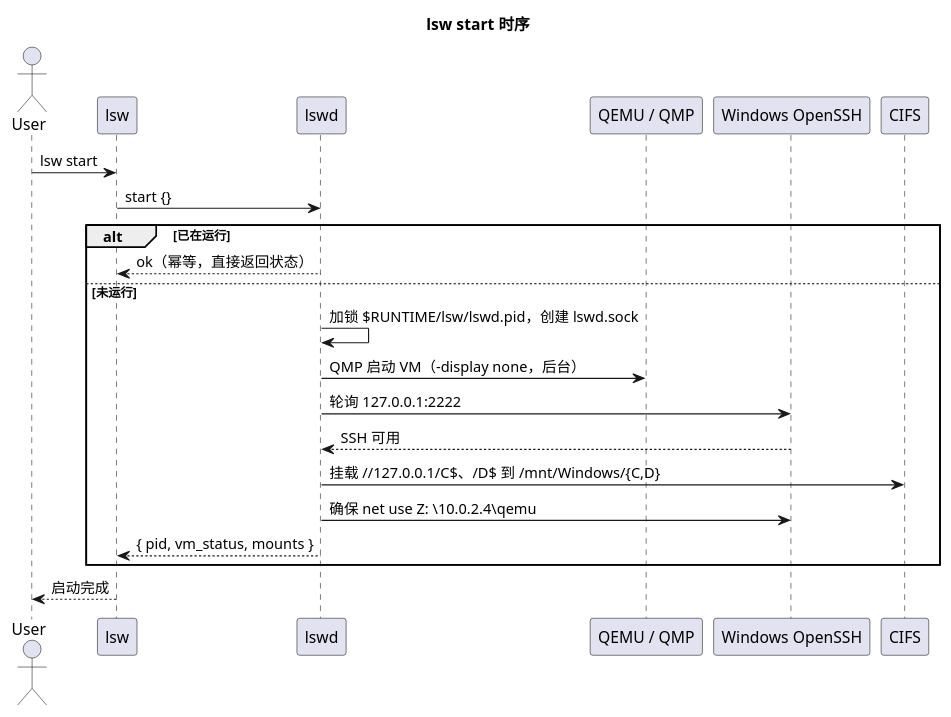
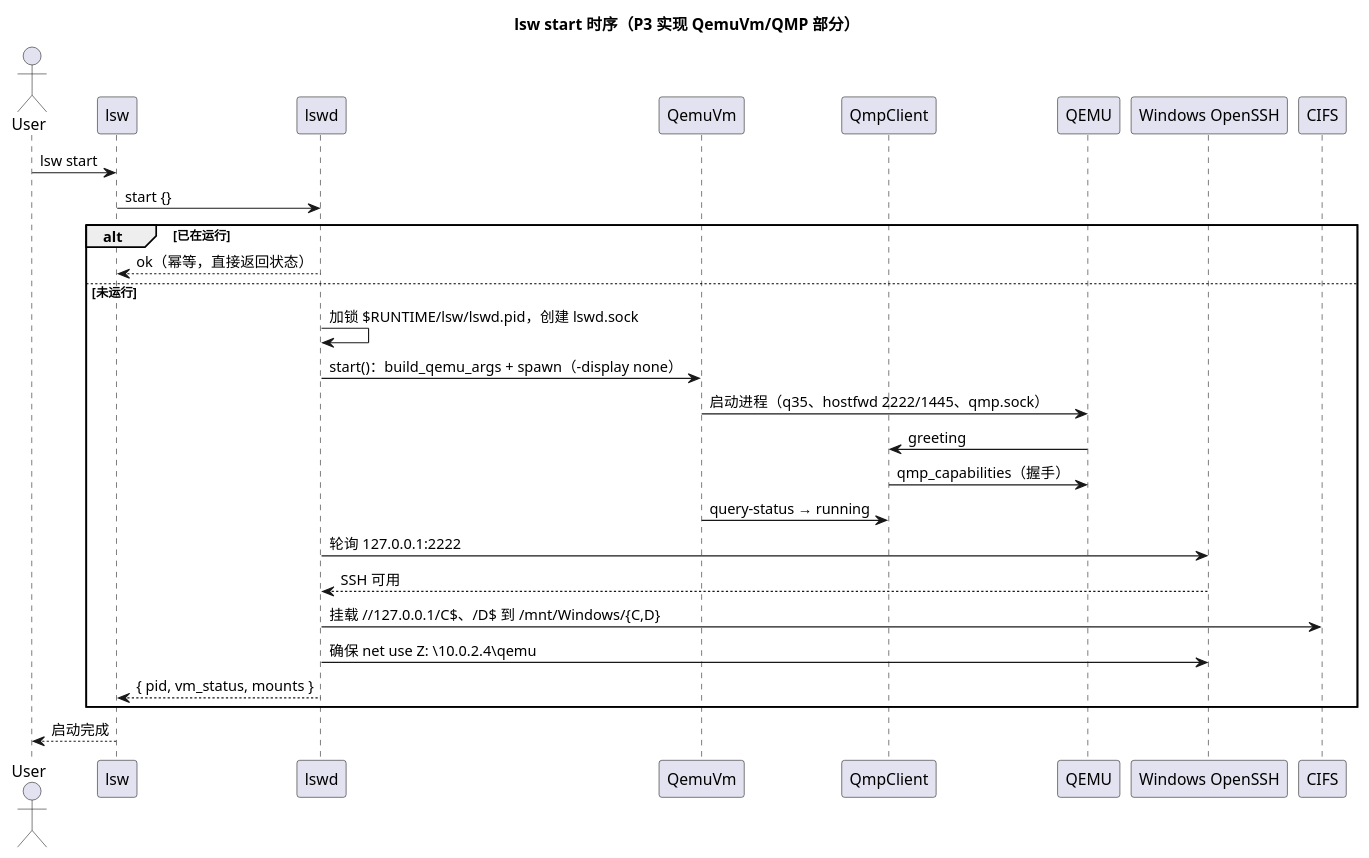
One commit to yunzheyue-star/lsw changed the diagram in docs/diagrams/sequence-start.puml. Above: the diagram before and after it, drawn with PlantUML. The commit also changed 21 other files, not shown here.

```diff
--- a/docs/diagrams/sequence-start.puml
+++ b/docs/diagrams/sequence-start.puml
@@ -1,24 +1,30 @@
 @startuml
-title lsw start 时序
+title lsw start 时序（P3 实现 QemuVm/QMP 部分）
 actor User
 participant "lsw" as CLI
 participant "lswd" as Daemon
-participant "QEMU / QMP" as QEMU
+participant "QemuVm" as VM
+participant "QmpClient" as QMP
+participant "QEMU" as QEMU
 participant "Windows OpenSSH" as WinSSH
 participant "CIFS" as CIFS
 
 User -> CLI : lsw start
 CLI -> Daemon : start {}
 alt 已在运行
   Daemon --> CLI : ok（幂等，直接返回状态）
 else 未运行
   Daemon -> Daemon : 加锁 $RUNTIME/lsw/lswd.pid，创建 lswd.sock
-  Daemon -> QEMU : QMP 启动 VM（-display none，后台）
+  Daemon -> VM : start()：build_qemu_args + spawn（-display none）
+  VM -> QEMU : 启动进程（q35、hostfwd 2222/1445、qmp.sock）
+  QEMU -> QMP : greeting
+  QMP -> QEMU : qmp_capabilities（握手）
+  VM -> QMP : query-status → running
   Daemon -> WinSSH : 轮询 127.0.0.1:2222
   WinSSH --> Daemon : SSH 可用
   Daemon -> CIFS : 挂载 //127.0.0.1/C$、/D$ 到 /mnt/Windows/{C,D}
   Daemon -> WinSSH : 确保 net use Z: \\10.0.2.4\qemu
   Daemon --> CLI : { pid, vm_status, mounts }
 end
 CLI --> User : 启动完成
 @enduml
```
